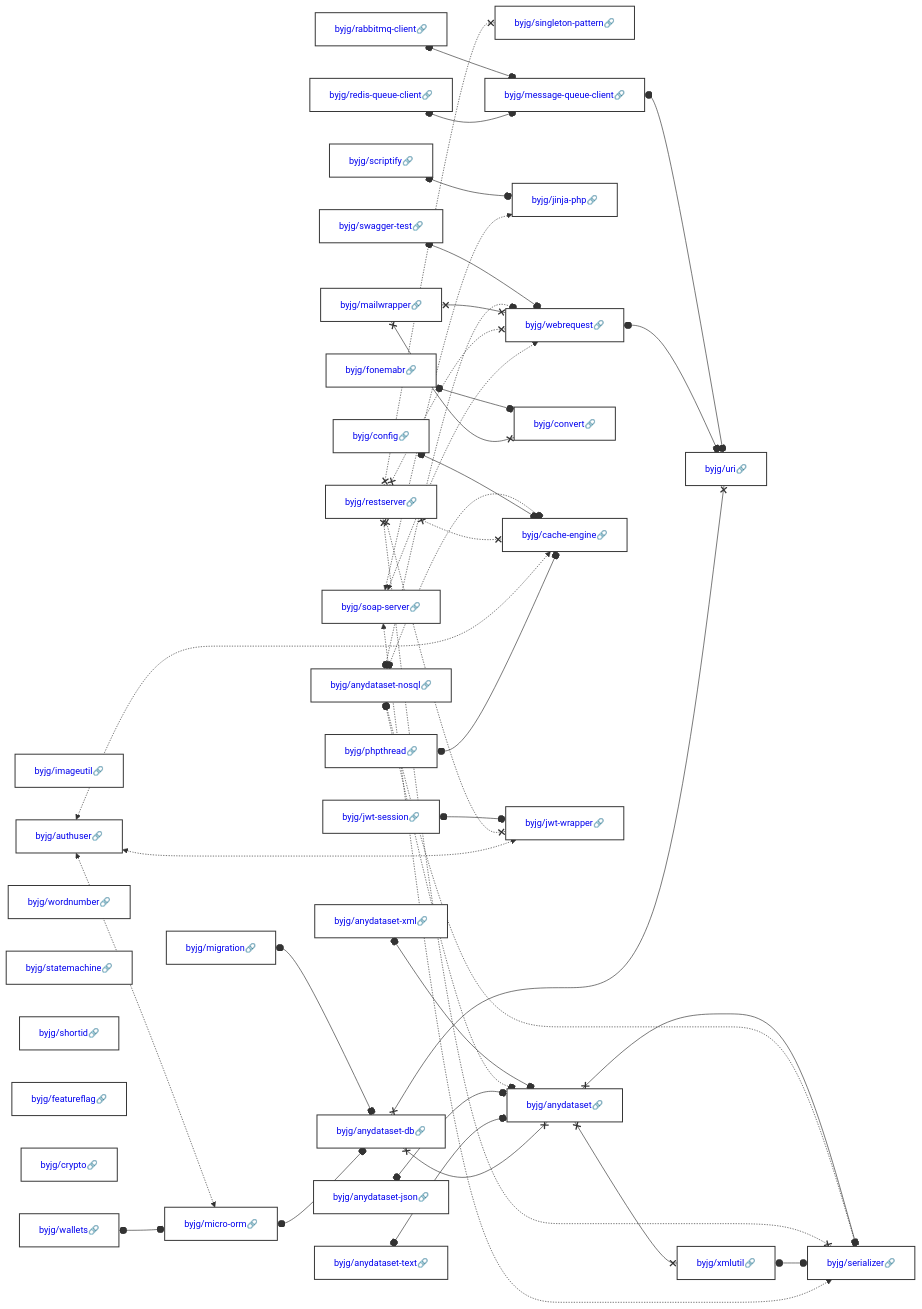
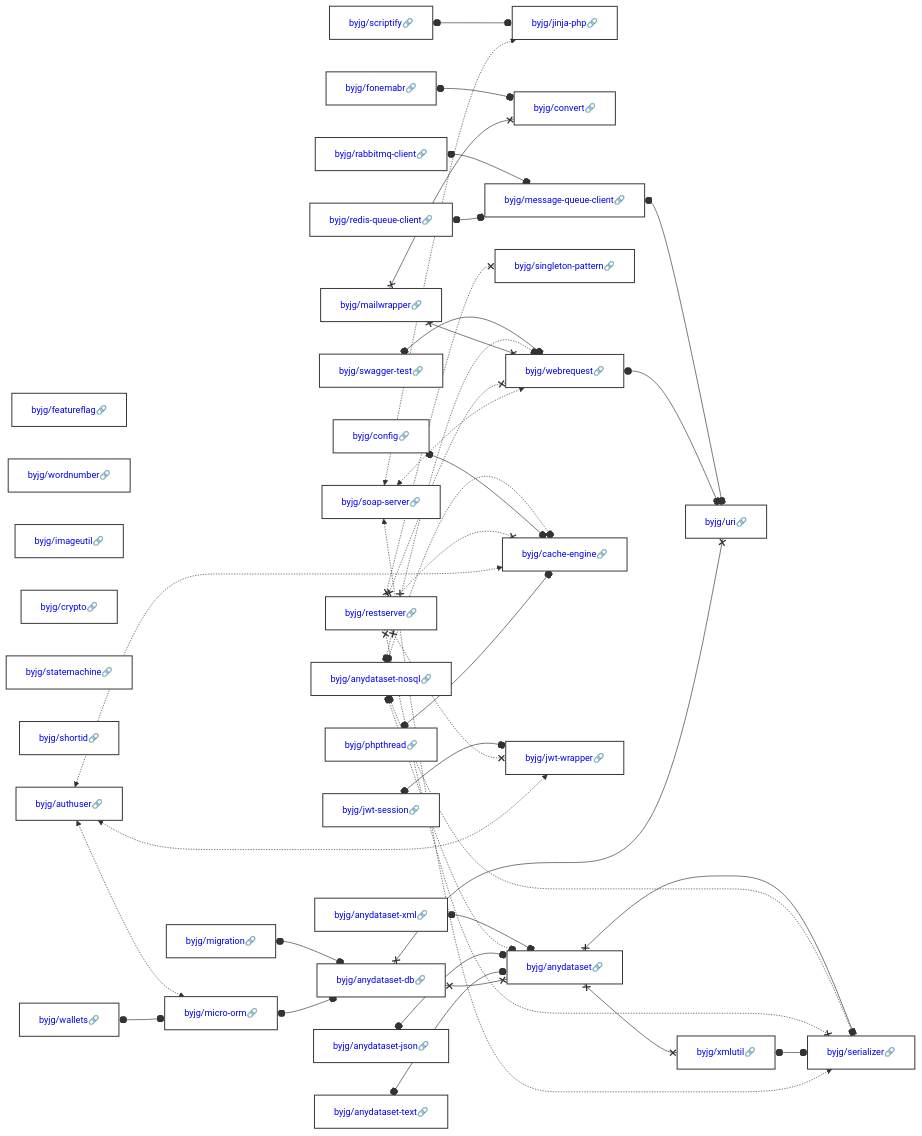
One commit to byjg/byjg.github.io changed the diagram in docs/php/README.md. Above: the diagram before and after it, drawn with Mermaid. The commit also changed other lines of this file, not shown here.

Commit message:
Update documentation 'php' 'php-rest-reference-architecture'

````diff
--- a/docs/php/README.md
+++ b/docs/php/README.md
@@ -3,37 +3,37 @@
 ```mermaid
 graph LR;
   byjg/swagger-test[<a href='https://opensource.byjg.com/docs/php/swagger-test' style='text-decoration:none'>byjg/swagger-test🔗</a>];
+  byjg/mailwrapper[<a href='https://opensource.byjg.com/docs/php/mailwrapper' style='text-decoration:none'>byjg/mailwrapper🔗</a>];
+  byjg/soap-server[<a href='https://opensource.byjg.com/docs/php/soap-server' style='text-decoration:none'>byjg/soap-server🔗</a>];
+  byjg/config[<a href='https://opensource.byjg.com/docs/php/config' style='text-decoration:none'>byjg/config🔗</a>];
+  byjg/scriptify[<a href='https://opensource.byjg.com/docs/php/scriptify' style='text-decoration:none'>byjg/scriptify🔗</a>];
+  byjg/featureflag[<a href='https://opensource.byjg.com/docs/php/featureflag' style='text-decoration:none'>byjg/featureflag🔗</a>];
+  byjg/anydataset-text[<a href='https://opensource.byjg.com/docs/php/anydataset-text' style='text-decoration:none'>byjg/anydataset-text🔗</a>];
+  byjg/wordnumber[<a href='https://opensource.byjg.com/docs/php/wordnumber' style='text-decoration:none'>byjg/wordnumber🔗</a>];
+  byjg/anydataset-xml[<a href='https://opensource.byjg.com/docs/php/anydataset-xml' style='text-decoration:none'>byjg/anydataset-xml🔗</a>];
+  byjg/imageutil[<a href='https://opensource.byjg.com/docs/php/imageutil' style='text-decoration:none'>byjg/imageutil🔗</a>];
+  byjg/phpthread[<a href='https://opensource.byjg.com/docs/php/phpthread' style='text-decoration:none'>byjg/phpthread🔗</a>];
+  byjg/jwt-session[<a href='https://opensource.byjg.com/docs/php/jwt-session' style='text-decoration:none'>byjg/jwt-session🔗</a>];
+  byjg/fonemabr[<a href='https://opensource.byjg.com/docs/php/fonemabr' style='text-decoration:none'>byjg/fonemabr🔗</a>];
   byjg/migration[<a href='https://opensource.byjg.com/docs/php/migration' style='text-decoration:none'>byjg/migration🔗</a>];
-  byjg/jwt-session[<a href='https://opensource.byjg.com/docs/php/jwt-session' style='text-decoration:none'>byjg/jwt-session🔗</a>];
+  byjg/redis-queue-client[<a href='https://opensource.byjg.com/docs/php/redis-queue-client' style='text-decoration:none'>byjg/redis-queue-client🔗</a>];
+  byjg/crypto[<a href='https://opensource.byjg.com/docs/php/crypto' style='text-decoration:none'>byjg/crypto🔗</a>];
+  byjg/statemachine[<a href='https://opensource.byjg.com/docs/php/statemachine' style='text-decoration:none'>byjg/statemachine🔗</a>];
+  byjg/rabbitmq-client[<a href='https://opensource.byjg.com/docs/php/rabbitmq-client' style='text-decoration:none'>byjg/rabbitmq-client🔗</a>];
+  byjg/anydataset-json[<a href='https://opensource.byjg.com/docs/php/anydataset-json' style='text-decoration:none'>byjg/anydataset-json🔗</a>];
+  byjg/anydataset-nosql[<a href='https://opensource.byjg.com/docs/php/anydataset-nosql' style='text-decoration:none'>byjg/anydataset-nosql🔗</a>];
+  byjg/shortid[<a href='https://opensource.byjg.com/docs/php/shortid' style='text-decoration:none'>byjg/shortid🔗</a>];
   byjg/restserver[<a href='https://opensource.byjg.com/docs/php/restserver' style='text-decoration:none'>byjg/restserver🔗</a>];
-  byjg/scriptify[<a href='https://opensource.byjg.com/docs/php/scriptify' style='text-decoration:none'>byjg/scriptify🔗</a>];
-  byjg/rabbitmq-client[<a href='https://opensource.byjg.com/docs/php/rabbitmq-client' style='text-decoration:none'>byjg/rabbitmq-client🔗</a>];
-  byjg/imageutil[<a href='https://opensource.byjg.com/docs/php/imageutil' style='text-decoration:none'>byjg/imageutil🔗</a>];
-  byjg/redis-queue-client[<a href='https://opensource.byjg.com/docs/php/redis-queue-client' style='text-decoration:none'>byjg/redis-queue-client🔗</a>];
-  byjg/mailwrapper[<a href='https://opensource.byjg.com/docs/php/mailwrapper' style='text-decoration:none'>byjg/mailwrapper🔗</a>];
-  byjg/anydataset-nosql[<a href='https://opensource.byjg.com/docs/php/anydataset-nosql' style='text-decoration:none'>byjg/anydataset-nosql🔗</a>];
+  byjg/authuser[<a href='https://opensource.byjg.com/docs/php/authuser' style='text-decoration:none'>byjg/authuser🔗</a>];
   byjg/wallets[<a href='https://opensource.byjg.com/docs/php/wallets' style='text-decoration:none'>byjg/wallets🔗</a>];
-  byjg/soap-server[<a href='https://opensource.byjg.com/docs/php/soap-server' style='text-decoration:none'>byjg/soap-server🔗</a>];
-  byjg/wordnumber[<a href='https://opensource.byjg.com/docs/php/wordnumber' style='text-decoration:none'>byjg/wordnumber🔗</a>];
-  byjg/fonemabr[<a href='https://opensource.byjg.com/docs/php/fonemabr' style='text-decoration:none'>byjg/fonemabr🔗</a>];
-  byjg/statemachine[<a href='https://opensource.byjg.com/docs/php/statemachine' style='text-decoration:none'>byjg/statemachine🔗</a>];
-  byjg/anydataset-text[<a href='https://opensource.byjg.com/docs/php/anydataset-text' style='text-decoration:none'>byjg/anydataset-text🔗</a>];
-  byjg/anydataset-xml[<a href='https://opensource.byjg.com/docs/php/anydataset-xml' style='text-decoration:none'>byjg/anydataset-xml🔗</a>];
-  byjg/config[<a href='https://opensource.byjg.com/docs/php/config' style='text-decoration:none'>byjg/config🔗</a>];
-  byjg/shortid[<a href='https://opensource.byjg.com/docs/php/shortid' style='text-decoration:none'>byjg/shortid🔗</a>];
-  byjg/featureflag[<a href='https://opensource.byjg.com/docs/php/featureflag' style='text-decoration:none'>byjg/featureflag🔗</a>];
-  byjg/crypto[<a href='https://opensource.byjg.com/docs/php/crypto' style='text-decoration:none'>byjg/crypto🔗</a>];
-  byjg/anydataset-json[<a href='https://opensource.byjg.com/docs/php/anydataset-json' style='text-decoration:none'>byjg/anydataset-json🔗</a>];
-  byjg/phpthread[<a href='https://opensource.byjg.com/docs/php/phpthread' style='text-decoration:none'>byjg/phpthread🔗</a>];
-  byjg/authuser[<a href='https://opensource.byjg.com/docs/php/authuser' style='text-decoration:none'>byjg/authuser🔗</a>];
+  byjg/jinja-php[<a href='https://opensource.byjg.com/docs/php/jinja-php' style='text-decoration:none'>byjg/jinja-php🔗</a>];
+  byjg/convert[<a href='https://opensource.byjg.com/docs/php/convert' style='text-decoration:none'>byjg/convert🔗</a>];
+  byjg/message-queue-client[<a href='https://opensource.byjg.com/docs/php/message-queue-client' style='text-decoration:none'>byjg/message-queue-client🔗</a>];
   byjg/singleton-pattern[<a href='https://opensource.byjg.com/docs/php/singleton-pattern' style='text-decoration:none'>byjg/singleton-pattern🔗</a>];
-  byjg/message-queue-client[<a href='https://opensource.byjg.com/docs/php/message-queue-client' style='text-decoration:none'>byjg/message-queue-client🔗</a>];
-  byjg/jinja-php[<a href='https://opensource.byjg.com/docs/php/jinja-php' style='text-decoration:none'>byjg/jinja-php🔗</a>];
   byjg/webrequest[<a href='https://opensource.byjg.com/docs/php/webrequest' style='text-decoration:none'>byjg/webrequest🔗</a>];
-  byjg/convert[<a href='https://opensource.byjg.com/docs/php/convert' style='text-decoration:none'>byjg/convert🔗</a>];
-  byjg/micro-orm[<a href='https://opensource.byjg.com/docs/php/micro-orm' style='text-decoration:none'>byjg/micro-orm🔗</a>];
   byjg/cache-engine[<a href='https://opensource.byjg.com/docs/php/cache-engine' style='text-decoration:none'>byjg/cache-engine🔗</a>];
   byjg/jwt-wrapper[<a href='https://opensource.byjg.com/docs/php/jwt-wrapper' style='text-decoration:none'>byjg/jwt-wrapper🔗</a>];
+  byjg/micro-orm[<a href='https://opensource.byjg.com/docs/php/micro-orm' style='text-decoration:none'>byjg/micro-orm🔗</a>];
   byjg/anydataset-db[<a href='https://opensource.byjg.com/docs/php/anydataset-db' style='text-decoration:none'>byjg/anydataset-db🔗</a>];
   byjg/anydataset[<a href='https://opensource.byjg.com/docs/php/anydataset' style='text-decoration:none'>byjg/anydataset🔗</a>];
   byjg/uri[<a href='https://opensource.byjg.com/docs/php/uri' style='text-decoration:none'>byjg/uri🔗</a>];
````
